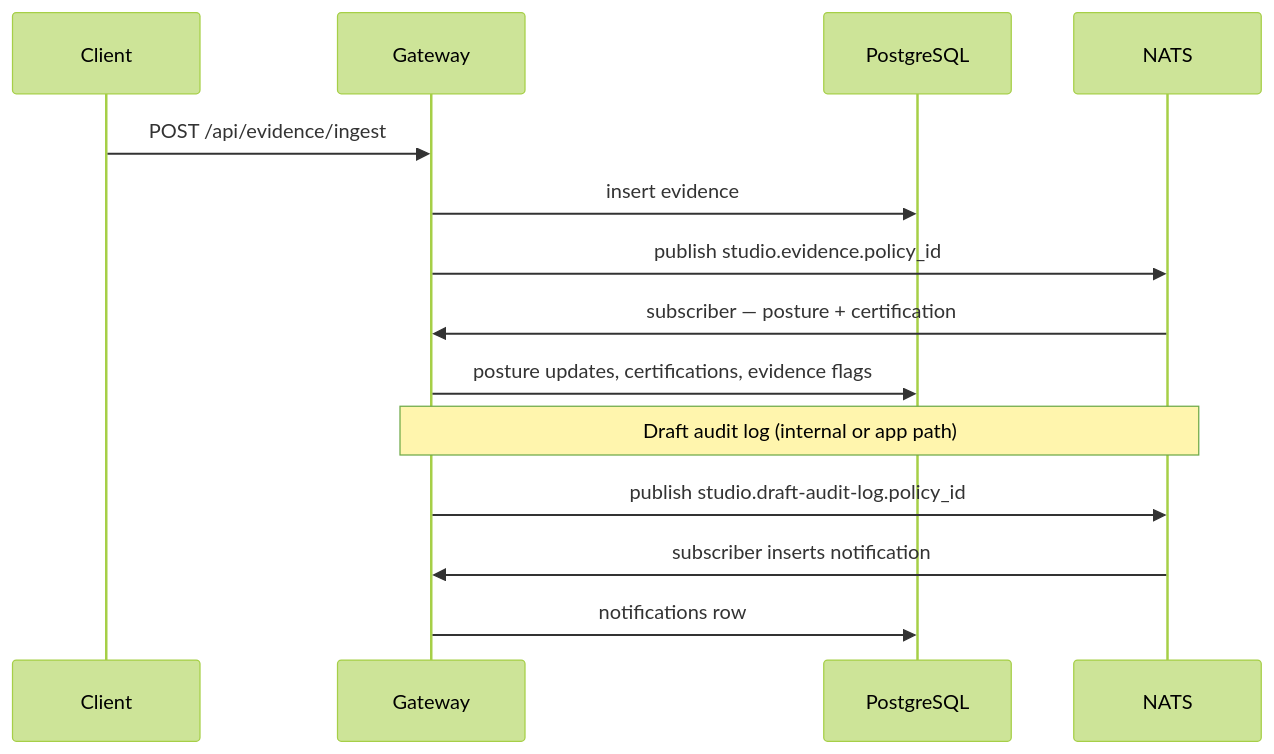
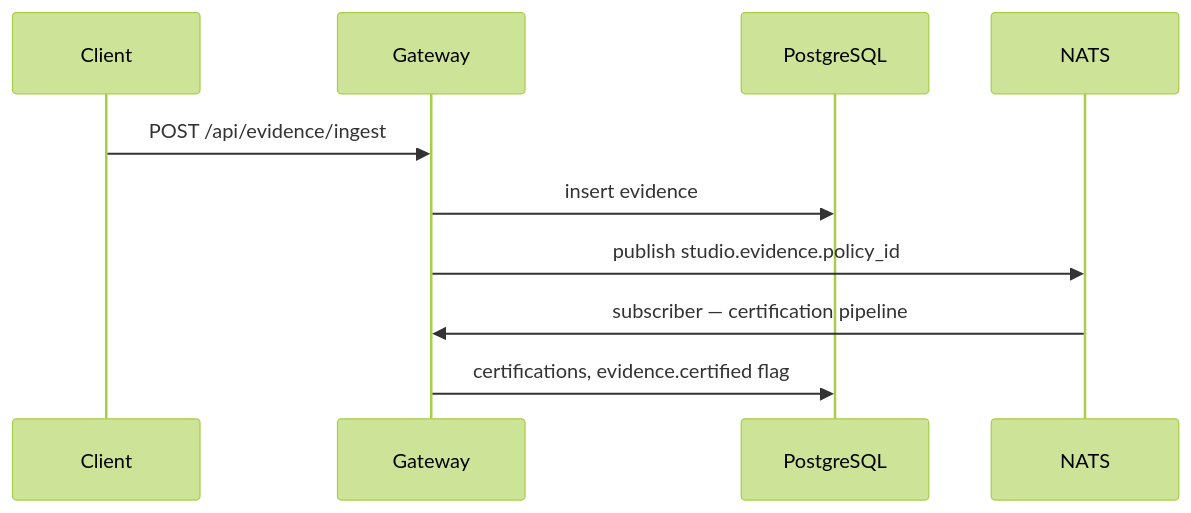
The second of 2 diagrams in docs/design/architecture.md (jpower432/complytime-studio), drawn with Mermaid (forest theme) before and after one commit. The commit also changed other lines of this file and 38 other files, not shown here.

````diff
--- a/docs/design/architecture.md
+++ b/docs/design/architecture.md
@@ -128,18 +123,13 @@
 ```mermaid
 sequenceDiagram
   participant C as Client
   participant G as Gateway
   participant PG as PostgreSQL
   participant N as NATS
 
   C->>G: POST /api/evidence/ingest
   G->>PG: insert evidence
   G->>N: publish studio.evidence.policy_id
-  N->>G: subscriber — posture + certification
-  G->>PG: posture updates, certifications, evidence flags
-
-  Note over G,N: Draft audit log (internal or app path)
-  G->>N: publish studio.draft-audit-log.policy_id
-  N->>G: subscriber inserts notification
-  G->>PG: notifications row
+  N->>G: subscriber — certification pipeline
+  G->>PG: certifications, evidence.certified flag
 ```
````
